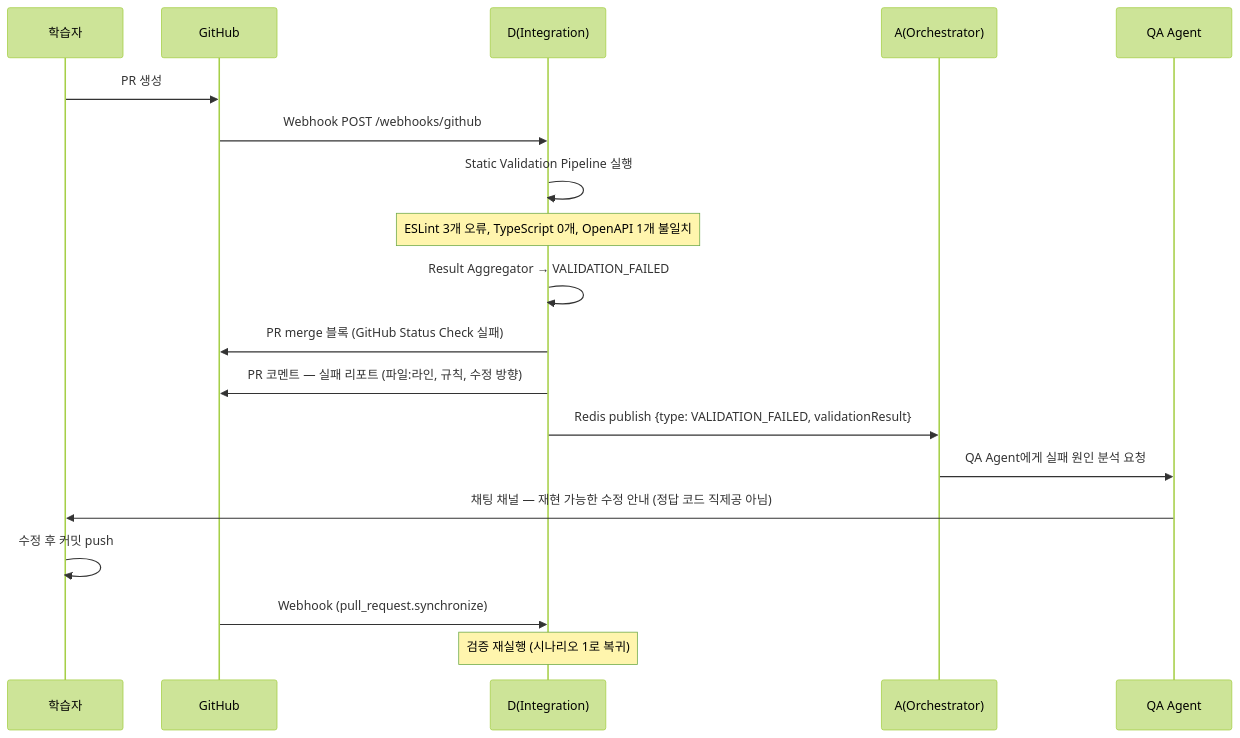
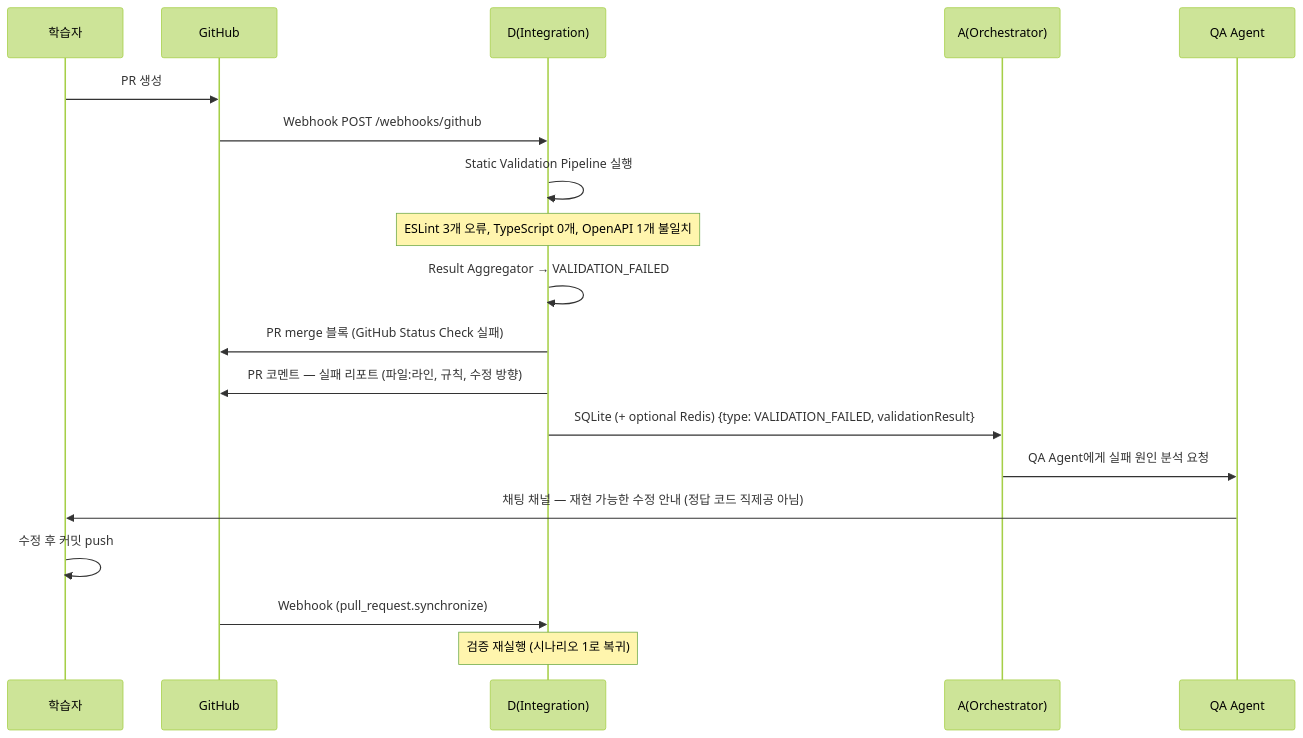
The fourth of 4 diagrams in docs/integration-sandbox/d-integration-scenarios.md (US-VIBE/us_vibe), drawn with Mermaid (forest theme) before and after one commit. The commit also changed other lines of this file and 10 other files, not shown here.

````diff
--- a/docs/integration-sandbox/d-integration-scenarios.md
+++ b/docs/integration-sandbox/d-integration-scenarios.md
@@ -218,22 +218,22 @@
 ```mermaid
 sequenceDiagram
   participant L as 학습자
   participant GH as GitHub
   participant D as D(Integration)
   participant A as A(Orchestrator)
   participant QA as QA Agent
 
   L->>GH: PR 생성
   GH->>D: Webhook POST /webhooks/github
   D->>D: Static Validation Pipeline 실행
   Note over D: ESLint 3개 오류, TypeScript 0개, OpenAPI 1개 불일치
   D->>D: Result Aggregator → VALIDATION_FAILED
   D->>GH: PR merge 블록 (GitHub Status Check 실패)
   D->>GH: PR 코멘트 — 실패 리포트 (파일:라인, 규칙, 수정 방향)
-  D->>A: Redis publish {type: VALIDATION_FAILED, validationResult}
+  D->>A: SQLite (+ optional Redis) {type: VALIDATION_FAILED, validationResult}
   A->>QA: QA Agent에게 실패 원인 분석 요청
   QA->>L: 채팅 채널 — 재현 가능한 수정 안내 (정답 코드 직제공 아님)
   L->>L: 수정 후 커밋 push
   GH->>D: Webhook (pull_request.synchronize)
   Note over D: 검증 재실행 (시나리오 1로 복귀)
 ```
````
